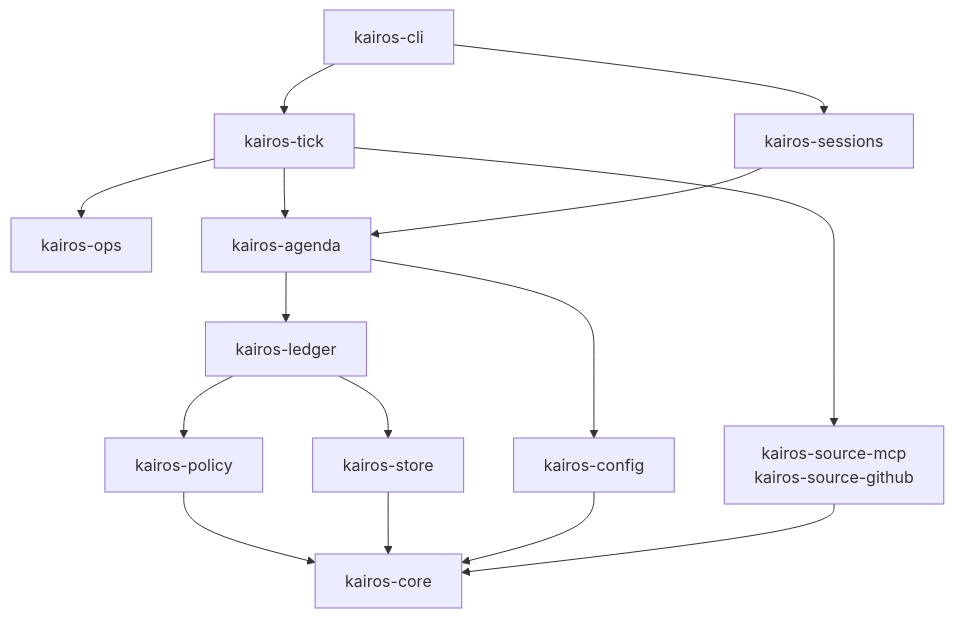
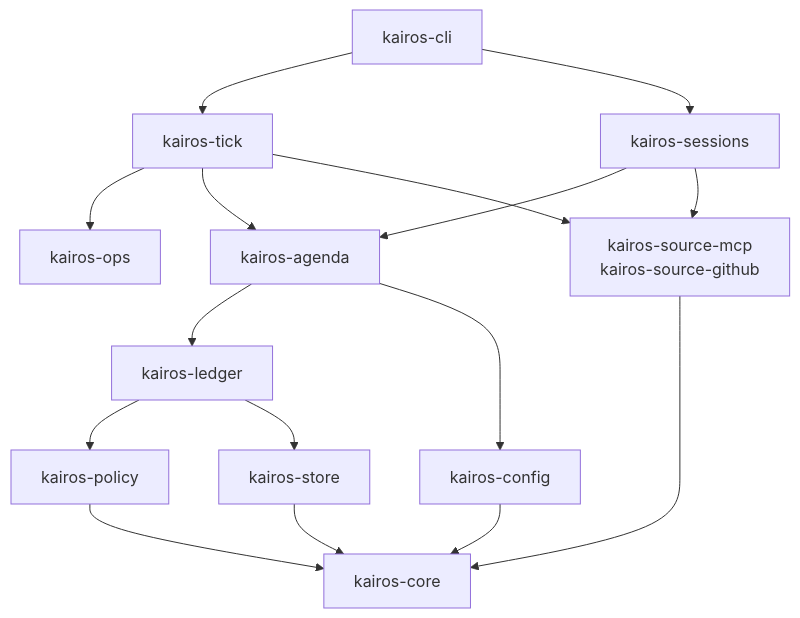
One commit to blan22/Kairos changed the diagram in docs/architecture.md. Above: the diagram before and after it, drawn with Mermaid. The commit also changed other lines of this file and 18 other files, not shown here.

````diff
--- a/docs/architecture.md
+++ b/docs/architecture.md
@@ -9,17 +9,18 @@
 ```mermaid
 flowchart TD
   cli[kairos-cli] --> tick[kairos-tick]
   cli --> sessions[kairos-sessions]
   tick --> ops[kairos-ops]
   tick --> agenda[kairos-agenda]
   sessions --> agenda
+  sessions --> sources
   agenda --> ledger[kairos-ledger]
   agenda --> config[kairos-config]
   ledger --> policy[kairos-policy]
   ledger --> store[kairos-store]
   tick --> sources[kairos-source-mcp<br/>kairos-source-github]
   policy --> core[kairos-core]
   store --> core
   config --> core
   sources --> core
 ```
````
